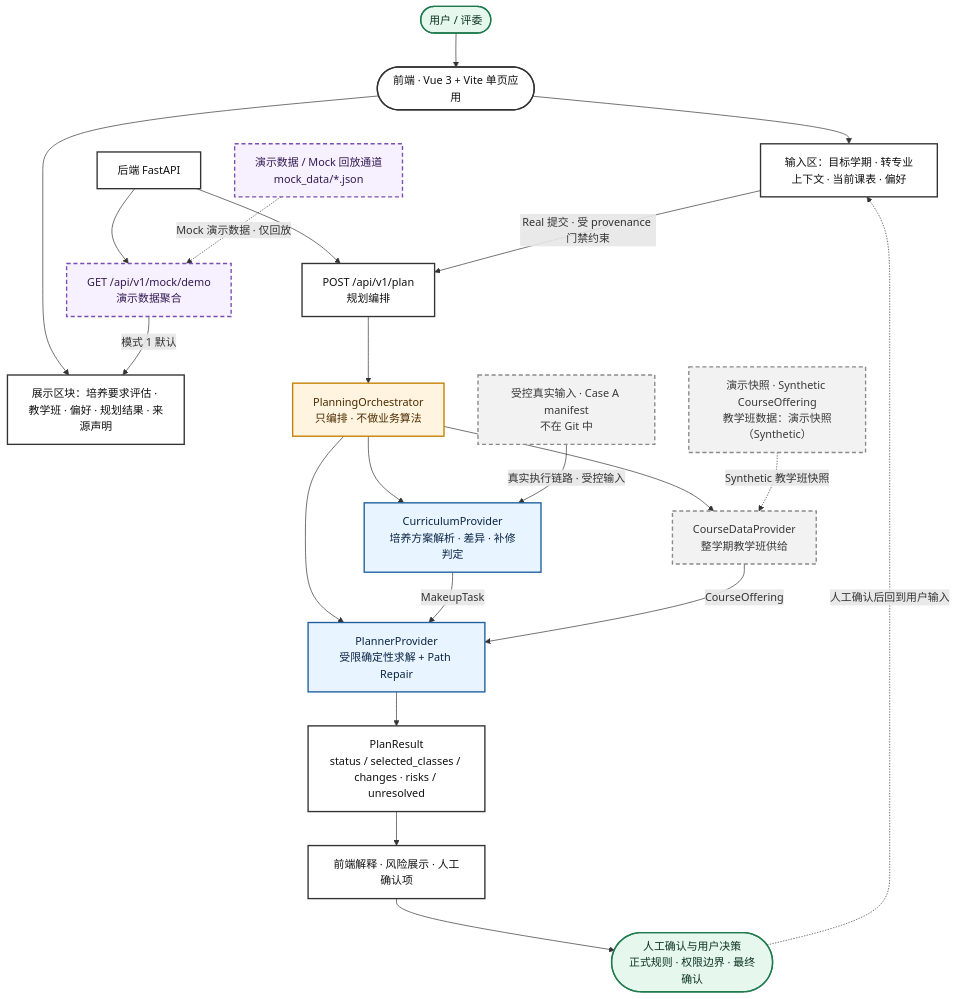
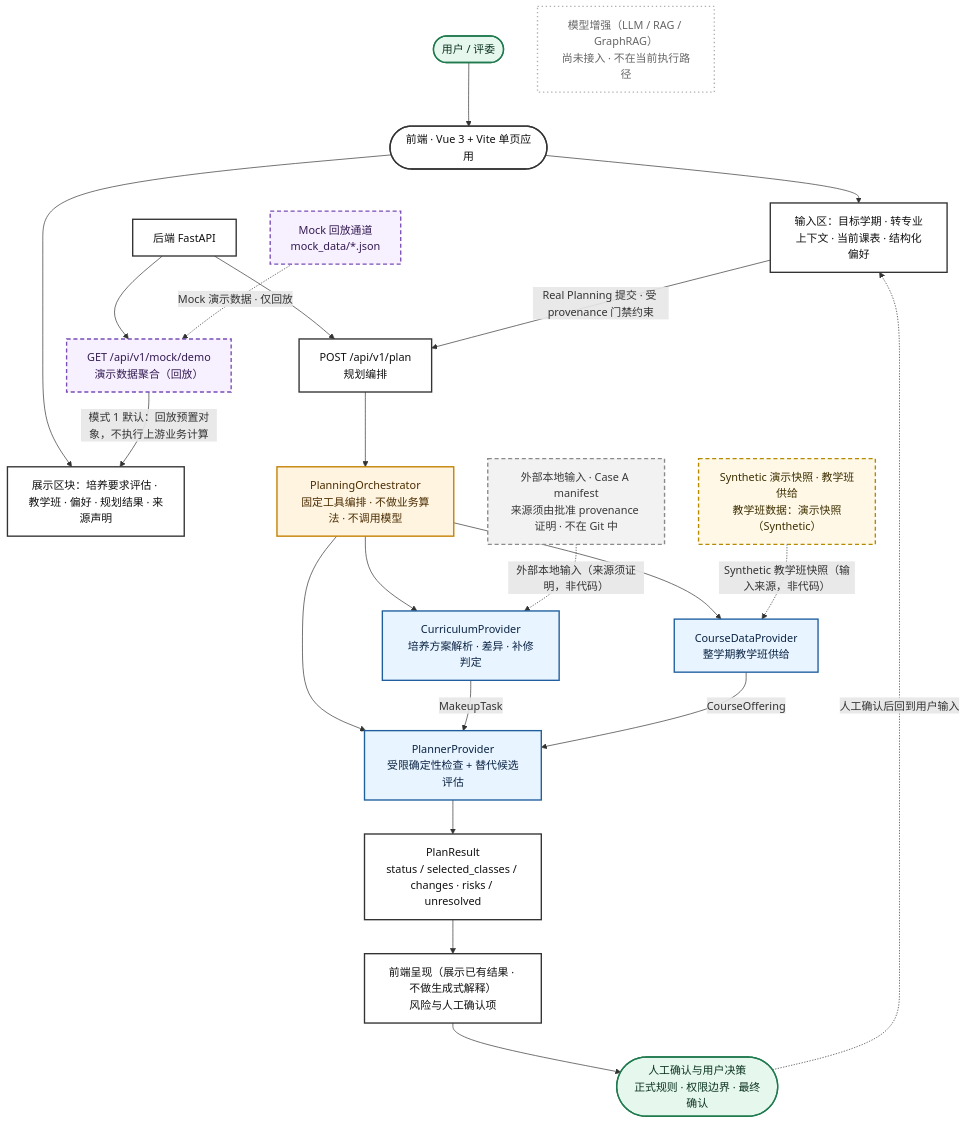
The diagram in docs/architecture/COMPETITION_ARCHITECTURE.md (Sunset-Sunrise-Sun/AI-education), drawn with Mermaid before and after one commit. The commit also changed other lines of this file and 11 other files, not shown here.

````diff
--- a/docs/architecture/COMPETITION_ARCHITECTURE.md
+++ b/docs/architecture/COMPETITION_ARCHITECTURE.md
@@ -14,63 +14,68 @@
 ```mermaid
 flowchart TB
     U(["用户 / 评委"])
     FE(["前端 · Vue 3 + Vite 单页应用"])
-    IN["输入区：目标学期 · 转专业上下文 · 当前课表 · 偏好"]
+    IN["输入区：目标学期 · 转专业上下文 · 当前课表 · 结构化偏好"]
     BLOCKS["展示区块：培养要求评估 · 教学班 · 偏好 · 规划结果 · 来源声明"]
 
     API["后端 FastAPI"]
-    MOCK["GET /api/v1/mock/demo<br/>演示数据聚合"]
+    MOCK["GET /api/v1/mock/demo<br/>演示数据聚合（回放）"]
     PLAN["POST /api/v1/plan<br/>规划编排"]
 
-    ORCH["PlanningOrchestrator<br/>只编排 · 不做业务算法"]
+    ORCH["PlanningOrchestrator<br/>固定工具编排 · 不做业务算法 · 不调用模型"]
 
     PROV1["CurriculumProvider<br/>培养方案解析 · 差异 · 补修判定"]
     PROV2["CourseDataProvider<br/>整学期教学班供给"]
-    PROV3["PlannerProvider<br/>受限确定性求解 + Path Repair"]
+    PROV3["PlannerProvider<br/>受限确定性检查 + 替代候选评估"]
 
     PR["PlanResult<br/>status / selected_classes / changes · risks / unresolved"]
 
-    EXPL["前端解释 · 风险展示 · 人工确认项"]
+    EXPL["前端呈现（展示已有结果 · 不做生成式解释）<br/>风险与人工确认项"]
     CONF(["人工确认与用户决策<br/>正式规则 · 权限边界 · 最终确认"])
 
-    DEMO["演示数据 / Mock 回放通道<br/>mock_data/*.json"]
-    SYN["演示快照 · Synthetic CourseOffering<br/>教学班数据：演示快照（Synthetic）"]
-    CASEA["受控真实输入 · Case A manifest<br/>不在 Git 中"]
+    DEMO["Mock 回放通道<br/>mock_data/*.json"]
+    SYN["Synthetic 演示快照 · 教学班供给<br/>教学班数据：演示快照（Synthetic）"]
+    CASEA["外部本地输入 · Case A manifest<br/>来源须由批准 provenance 证明 · 不在 Git 中"]
+    AI["模型增强（LLM / RAG / GraphRAG）<br/>尚未接入 · 不在当前执行路径"]
 
     U --> FE
     FE --> IN
     FE --> BLOCKS
     API --> MOCK
     API --> PLAN
-    IN -->|"Real 提交 · 受 provenance 门禁约束"| PLAN
-    MOCK -->|"模式 1 默认"| BLOCKS
+    IN -->|"Real Planning 提交 · 受 provenance 门禁约束"| PLAN
+    MOCK -->|"模式 1 默认：回放预置对象，不执行上游业务计算"| BLOCKS
 
     PLAN --> ORCH
     ORCH --> PROV1
     ORCH --> PROV2
     ORCH --> PROV3
     PROV1 -->|"MakeupTask"| PROV3
     PROV2 -->|"CourseOffering"| PROV3
     PROV3 --> PR
     PR --> EXPL
     EXPL --> CONF
     CONF -.->|"人工确认后回到用户输入"| IN
 
     DEMO -.->|"Mock 演示数据 · 仅回放"| MOCK
-    SYN -.->|"Synthetic 教学班快照"| PROV2
-    CASEA -->|"真实执行链路 · 受控输入"| PROV1
+    SYN -.->|"Synthetic 教学班快照（输入来源，非代码）"| PROV2
+    CASEA -.->|"外部本地输入（来源须证明，非代码）"| PROV1
 
-    classDef real fill:#e8f4ff,stroke:#1f5f9f,stroke-width:2px,color:#0b2545
+    classDef exec fill:#e8f4ff,stroke:#1f5f9f,stroke-width:2px,color:#0b2545
     classDef orch fill:#fff4e0,stroke:#c47f00,stroke-width:2px,color:#4a2c00
-    classDef demo fill:#f2f2f2,stroke:#8a8a8a,stroke-width:2px,stroke-dasharray:6 4,color:#3a3a3a
+    classDef input fill:#f2f2f2,stroke:#8a8a8a,stroke-width:2px,stroke-dasharray:6 4,color:#3a3a3a
+    classDef synth fill:#fff8e6,stroke:#b58a00,stroke-width:2px,stroke-dasharray:6 4,color:#3d2f00
     classDef mock fill:#f7f0ff,stroke:#7a4fb5,stroke-width:2px,stroke-dasharray:6 4,color:#331b52
+    classDef planned fill:#ffffff,stroke:#b0b0b0,stroke-width:2px,stroke-dasharray:2 4,color:#666666
     classDef human fill:#e6f7ee,stroke:#1f7a4d,stroke-width:2px,color:#0b3320
     classDef fe fill:#ffffff,stroke:#333333,stroke-width:2px,color:#111111
 
-    class PROV1,PROV3 real
+    class PROV1,PROV2,PROV3 exec
     class ORCH orch
-    class PROV2,SYN,CASEA demo
+    class CASEA input
+    class SYN synth
     class DEMO,MOCK mock
+    class AI planned
     class U,CONF human
     class FE,IN,BLOCKS,API,PLAN,PR,EXPL fe
 ```
````
